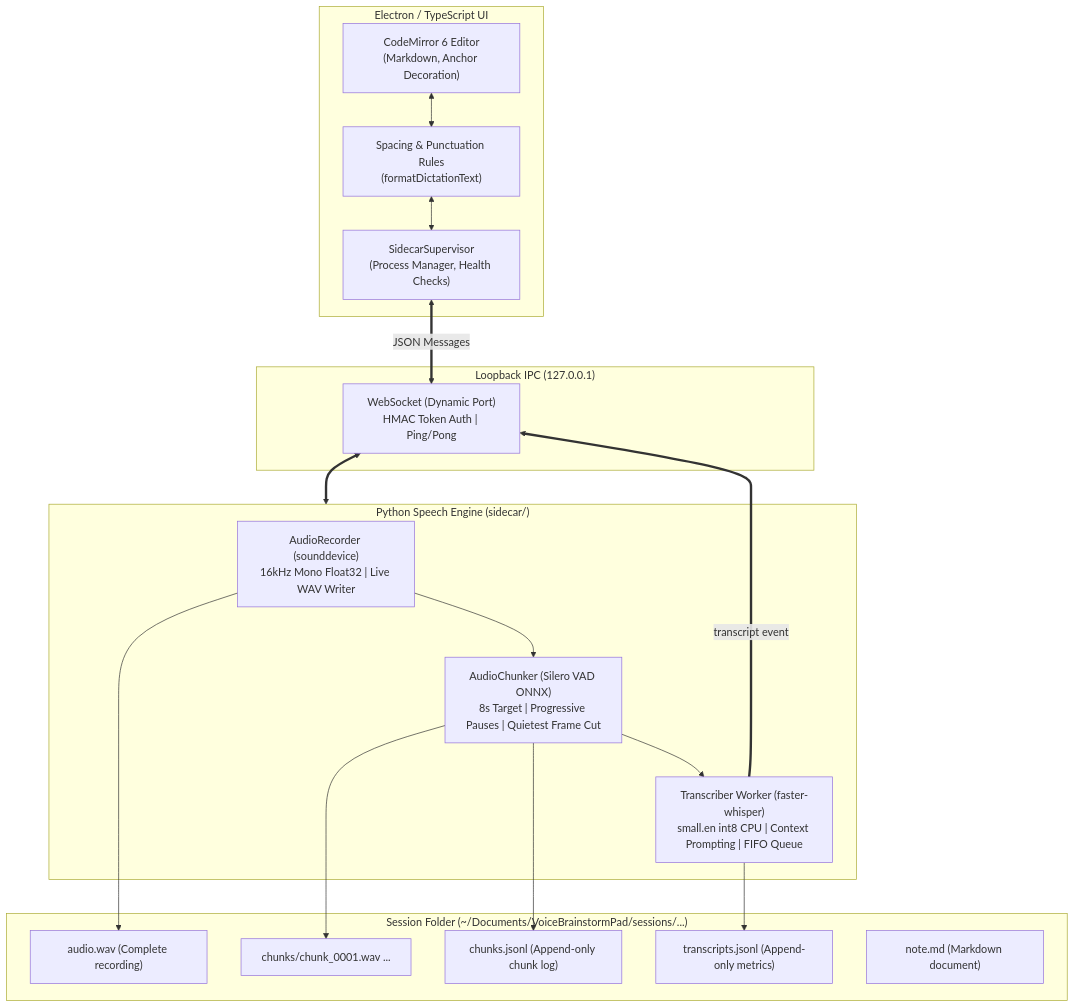
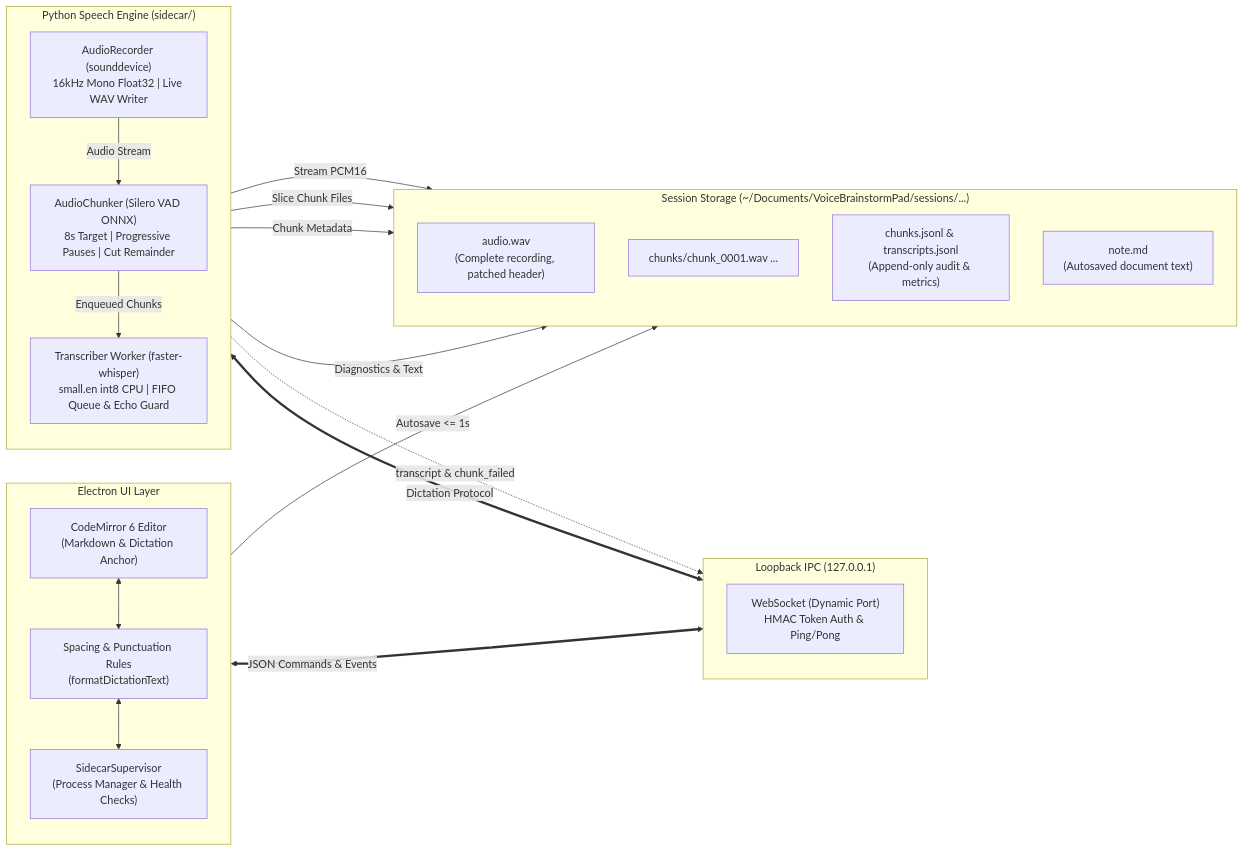
Before and after one commit to frag2win/Voice-Brainstorm-Pad: the diagram in README.md, drawn with Mermaid. The commit also changed other lines of this file, not shown here.

Commit message:
docs: reformat system architecture diagram horizontally and remove emojis

````diff
--- a/README.md
+++ b/README.md
@@ -21,38 +21,42 @@
 ```mermaid
-flowchart TD
-    subgraph UI ["Electron / TypeScript UI"]
-        CM["CodeMirror 6 Editor<br/>(Markdown, Anchor Decoration)"]
+flowchart LR
+    subgraph UI ["Electron UI Layer"]
+        direction TB
+        CM["CodeMirror 6 Editor<br/>(Markdown & Dictation Anchor)"]
         SP["Spacing & Punctuation Rules<br/>(formatDictationText)"]
-        SUP["SidecarSupervisor<br/>(Process Manager, Health Checks)"]
+        SUP["SidecarSupervisor<br/>(Process Manager & Health Checks)"]
+        CM <--> SP
+        SP <--> SUP
     end
 
     subgraph IPC ["Loopback IPC (127.0.0.1)"]
-        WS["WebSocket (Dynamic Port)<br/>HMAC Token Auth | Ping/Pong"]
+        direction TB
+        WS["WebSocket (Dynamic Port)<br/>HMAC Token Auth & Ping/Pong"]
     end
 
-    subgraph Sidecar ["Python Speech Engine (sidecar/)"]
+    subgraph Engine ["Python Speech Engine (sidecar/)"]
+        direction TB
         REC["AudioRecorder (sounddevice)<br/>16kHz Mono Float32 | Live WAV Writer"]
-        CHUNK["AudioChunker (Silero VAD ONNX)<br/>8s Target | Progressive Pauses | Quietest Frame Cut"]
-        TRANS["Transcriber Worker (faster-whisper)<br/>small.en int8 CPU | Context Prompting | FIFO Queue"]
+        CHUNK["AudioChunker (Silero VAD ONNX)<br/>8s Target | Progressive Pauses | Cut Remainder"]
+        TRANS["Transcriber Worker (faster-whisper)<br/>small.en int8 CPU | FIFO Queue & Echo Guard"]
+        REC -->|Audio Stream| CHUNK
+        CHUNK -->|Enqueued Chunks| TRANS
     end
 
-    subgraph Storage ["Session Folder (~/Documents/VoiceBrainstormPad/sessions/...)"]
-        WAV["audio.wav (Complete recording)"]
+    subgraph Storage ["Session Storage (~/Documents/VoiceBrainstormPad/sessions/...)"]
+        direction TB
+        WAV["audio.wav<br/>(Complete recording, patched header)"]
         CHUNKS["chunks/chunk_0001.wav ..."]
-        AUDIT["chunks.jsonl (Append-only chunk log)"]
-        TXLOG["transcripts.jsonl (Append-only metrics)"]
-        NOTE["note.md (Markdown document)"]
+        LOGS["chunks.jsonl & transcripts.jsonl<br/>(Append-only audit & metrics)"]
+        NOTE["note.md<br/>(Autosaved document text)"]
     end
 
-    CM <--> SP
-    SP <--> SUP
-    SUP <==>|JSON Messages| WS
-    WS <==> Sidecar
-    REC --> WAV
-    REC --> CHUNK
-    CHUNK --> CHUNKS
-    CHUNK --> AUDIT
-    CHUNK --> TRANS
-    TRANS --> TXLOG
-    TRANS ==>|transcript event| WS
+    SUP <==>|JSON Commands & Events| WS
+    WS <==>|Dictation Protocol| Engine
+    TRANS -.->|transcript & chunk_failed| WS
+    REC -->|Stream PCM16| WAV
+    CHUNK -->|Slice Chunk Files| CHUNKS
+    CHUNK -->|Chunk Metadata| LOGS
+    TRANS -->|Diagnostics & Text| LOGS
+    CM -->|Autosave <= 1s| NOTE
 ```
````
